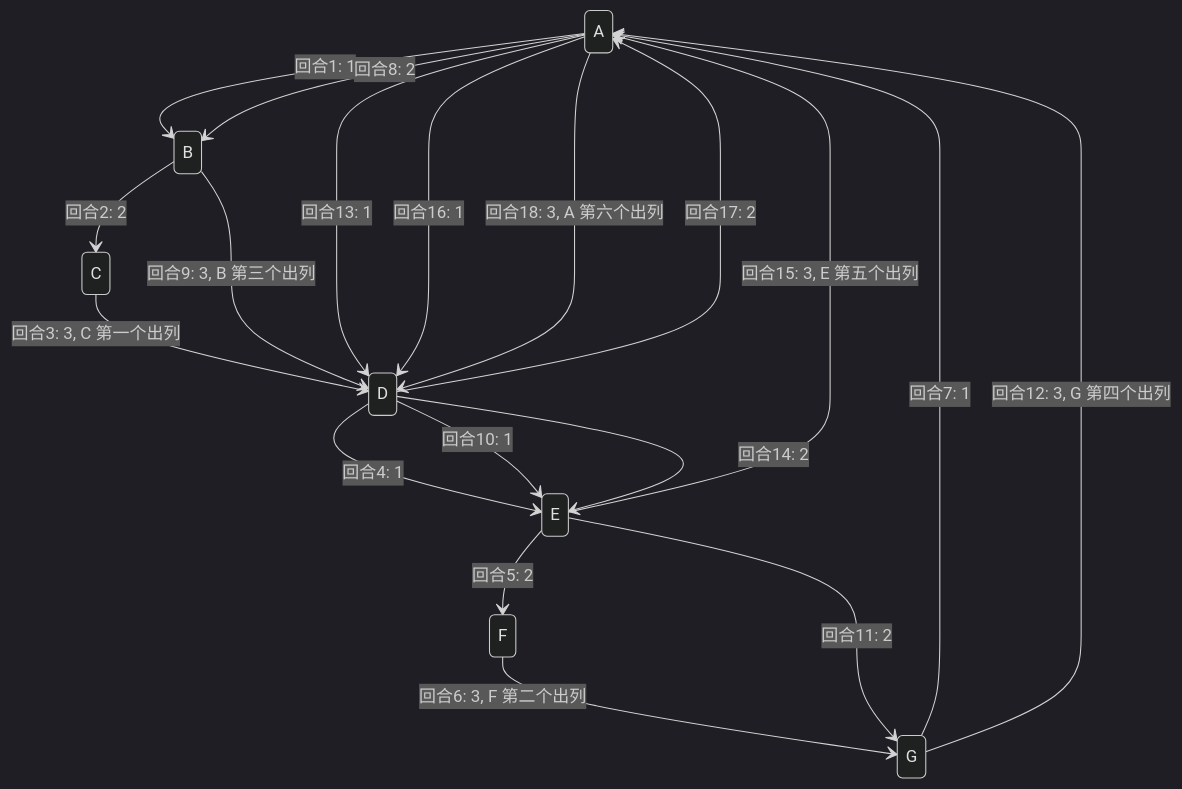
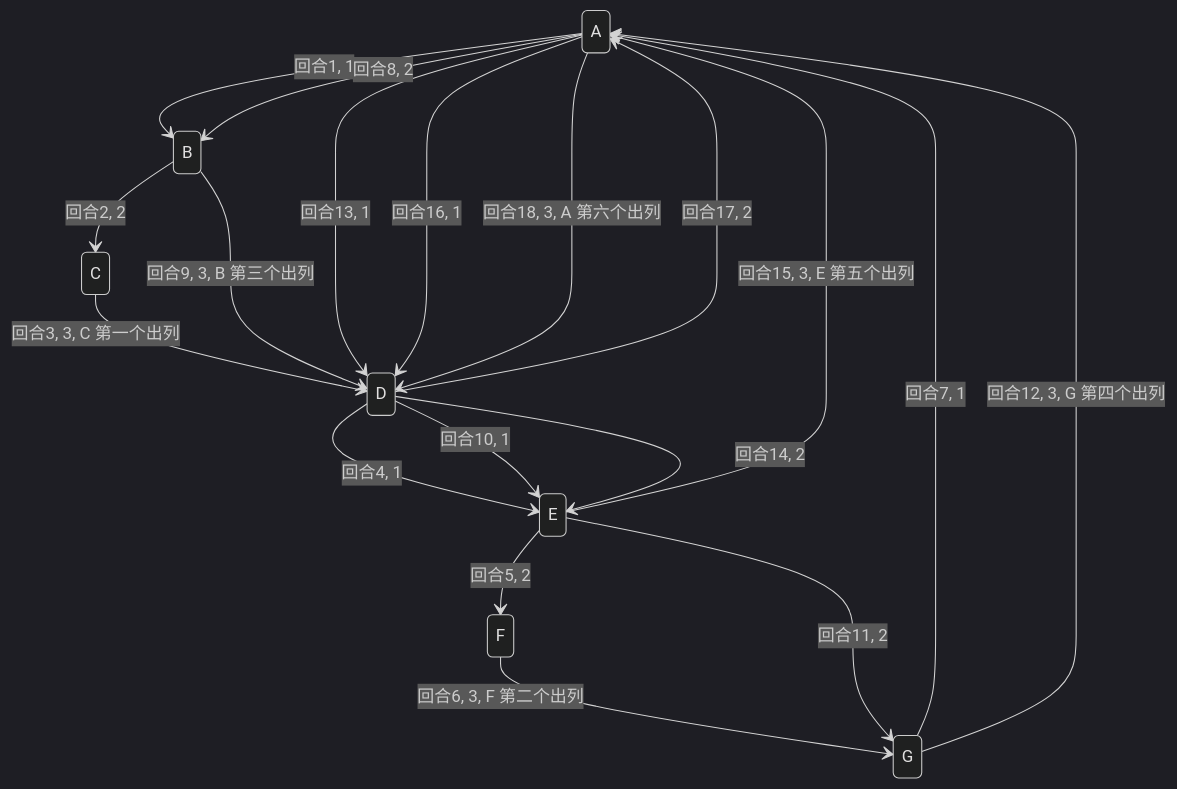
Before and after one commit to yanjinzh6/notes: the diagram in algorithms/link-list-josephus-ring.md, drawn with Mermaid (dark theme). The commit also changed other lines of this file and 1 other file, not shown here.

Commit message:
docs(deployment): 添加文档

````diff
--- a/algorithms/link-list-josephus-ring.md
+++ b/algorithms/link-list-josephus-ring.md
@@ -20,21 +20,21 @@
 ```mermaid
 stateDiagram
-  A --> B: 回合1: 1
-  B --> C: 回合2: 2
-  C --> D: 回合3: 3, C 第一个出列
-  D --> E: 回合4: 1
-  E --> F: 回合5: 2
-  F --> G: 回合6: 3, F 第二个出列
-  G --> A: 回合7: 1
-  A --> B: 回合8: 2
-  B --> D: 回合9: 3, B 第三个出列
-  D --> E: 回合10: 1
-  E --> G: 回合11: 2
-  G --> A: 回合12: 3, G 第四个出列
-  A --> D: 回合13: 1
-  D --> E: 回合14: 2
-  E --> A: 回合15: 3, E 第五个出列
-  A --> D: 回合16: 1
-  D --> A: 回合17: 2
-  A --> D: 回合18: 3, A 第六个出列
+  A --> B: 回合1, 1
+  B --> C: 回合2, 2
+  C --> D: 回合3, 3, C 第一个出列
+  D --> E: 回合4, 1
+  E --> F: 回合5, 2
+  F --> G: 回合6, 3, F 第二个出列
+  G --> A: 回合7, 1
+  A --> B: 回合8, 2
+  B --> D: 回合9, 3, B 第三个出列
+  D --> E: 回合10, 1
+  E --> G: 回合11, 2
+  G --> A: 回合12, 3, G 第四个出列
+  A --> D: 回合13, 1
+  D --> E: 回合14, 2
+  E --> A: 回合15, 3, E 第五个出列
+  A --> D: 回合16, 1
+  D --> A: 回合17, 2
+  A --> D: 回合18, 3, A 第六个出列
 ```
````
